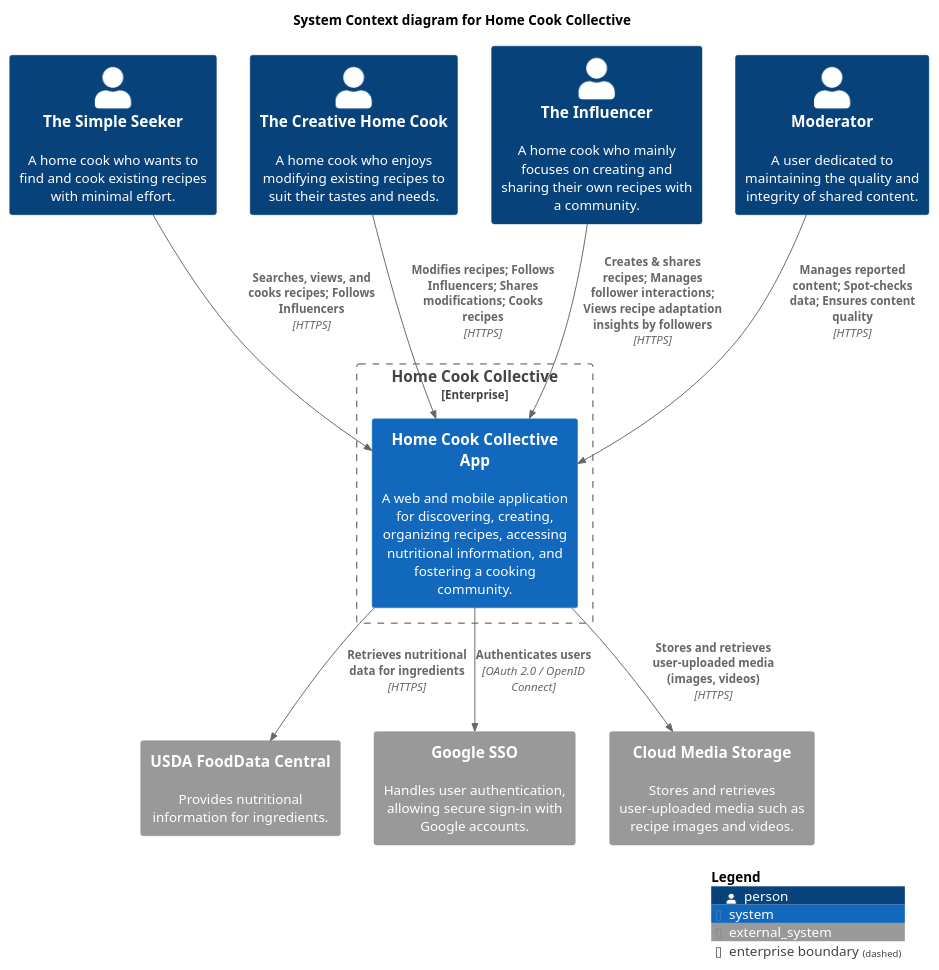
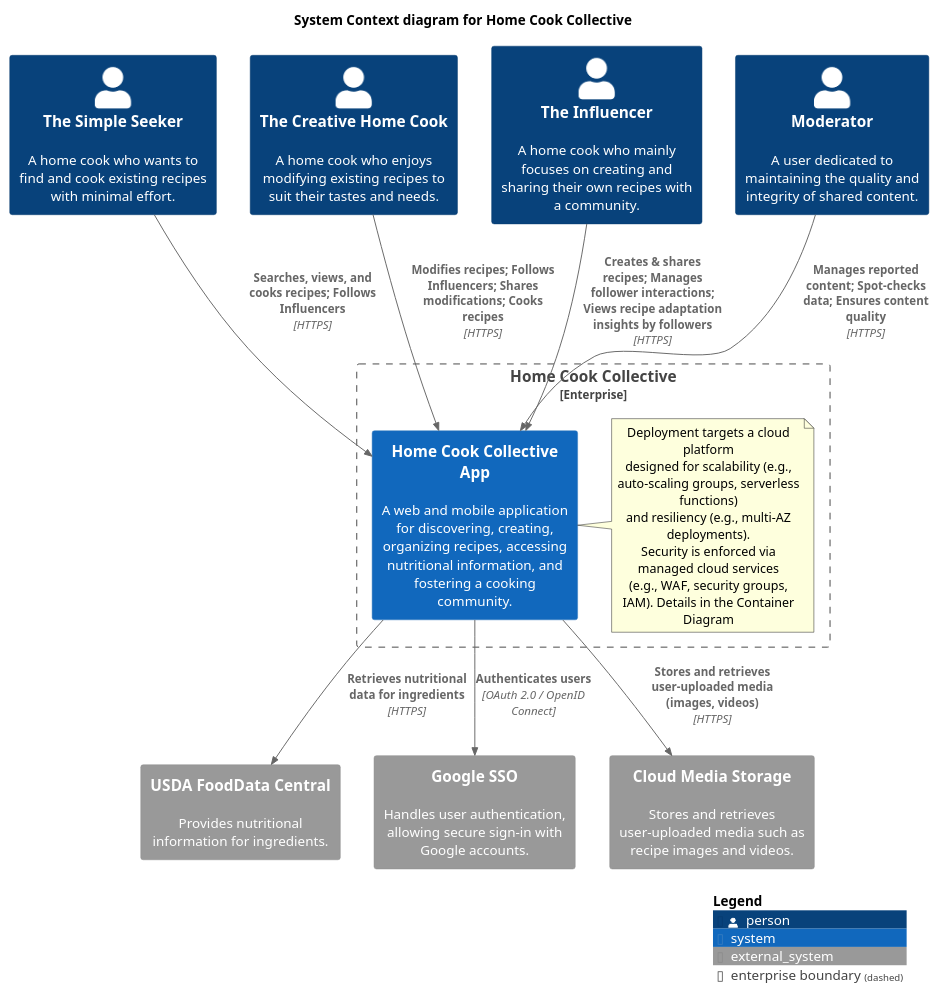
Before and after one commit to darius-despain/SE577-SoftwareArchitecture: the diagram in diagrams/src/hcc-context.puml, drawn with PlantUML.

Commit message:
added note about scalability, resiliency, and security

```diff
--- a/diagrams/src/hcc-context.puml
+++ b/diagrams/src/hcc-context.puml
@@ -1,32 +1,39 @@
 @startuml "Home-Cook-Collective-Context"
 !include ../C4_Container.puml
 title System Context diagram for Home Cook Collective
 
 ' Personas
 Person(simple_seeker, "The Simple Seeker", "A home cook who wants to find and cook existing recipes with minimal effort.")
 Person(creative_cook, "The Creative Home Cook", "A home cook who enjoys modifying existing recipes to suit their tastes and needs.")
 Person(influencer, "The Influencer", "A home cook who mainly focuses on creating and sharing their own recipes with a community.")
 Person(moderator, "Moderator", "A user dedicated to maintaining the quality and integrity of shared content.")
 
 Enterprise_Boundary(home_cook_collective, "Home Cook Collective") {
     System(hcc_app, "Home Cook Collective App", "A web and mobile application for discovering, creating, organizing recipes, accessing nutritional information, and fostering a cooking community.")
+    note right
+        Deployment targets a cloud platform
+        designed for scalability (e.g., auto-scaling groups, serverless functions)
+        and resiliency (e.g., multi-AZ deployments).
+        Security is enforced via managed cloud services
+        (e.g., WAF, security groups, IAM). Details in the Container Diagram
+    end note
 }
 
 ' External Systems
 System_Ext(usda_food_data, "USDA FoodData Central","Provides nutritional information for ingredients.")
 System_Ext(google_sso, "Google SSO", "Handles user authentication, allowing secure sign-in with Google accounts.")
 System_Ext(media_storage, "Cloud Media Storage", "Stores and retrieves user-uploaded media such as recipe images and videos.")
 
 ' Persona to System Relationships
 Rel(simple_seeker, hcc_app, "Searches, views, and cooks recipes; Follows Influencers", "HTTPS")
 Rel(creative_cook, hcc_app, "Modifies recipes; Follows Influencers; Shares modifications; Cooks recipes", "HTTPS")
 Rel(influencer, hcc_app, "Creates & shares recipes; Manages follower interactions; Views recipe adaptation insights by followers", "HTTPS")
 Rel(moderator, hcc_app, "Manages reported content; Spot-checks data; Ensures content quality", "HTTPS")
 
 ' System to External System Relationships
 Rel(hcc_app, google_sso, "Authenticates users", "OAuth 2.0 / OpenID Connect")
 Rel(hcc_app, media_storage, "Stores and retrieves user-uploaded media (images, videos)", "HTTPS")
 Rel(hcc_app, usda_food_data, "Retrieves nutritional data for ingredients", "HTTPS")
 
 SHOW_LEGEND()
 @enduml
```
